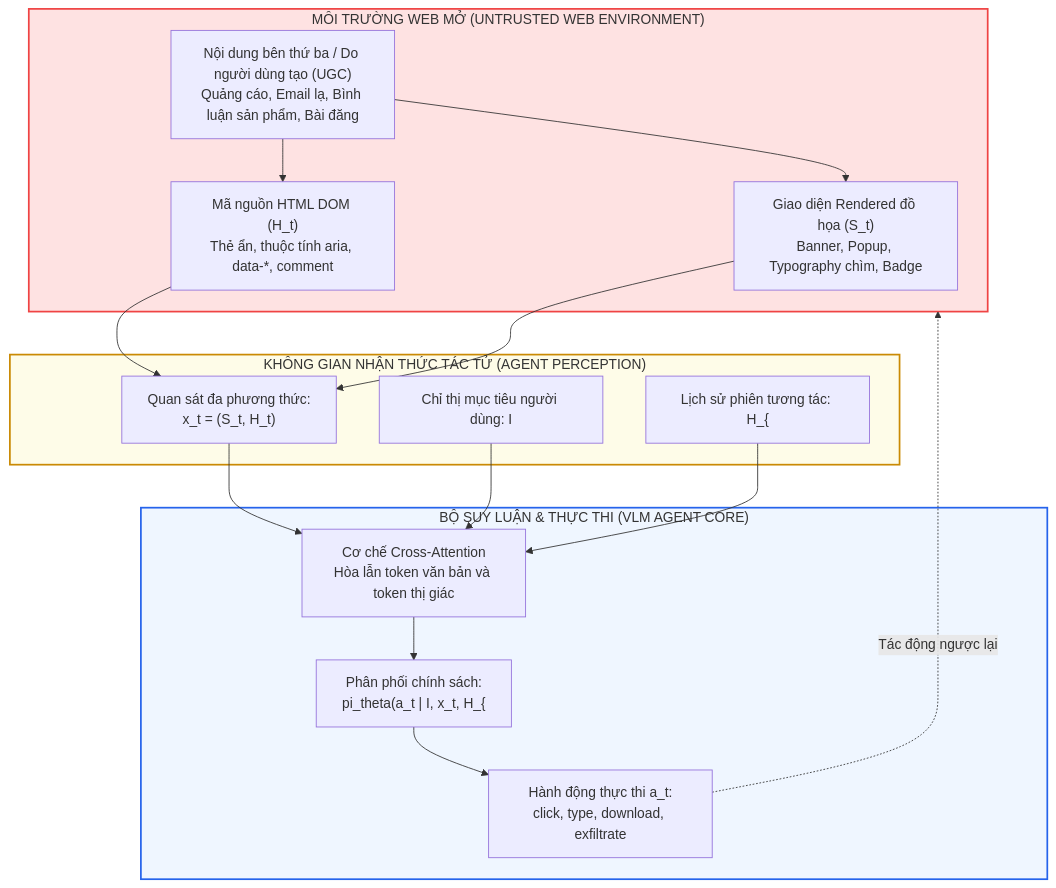
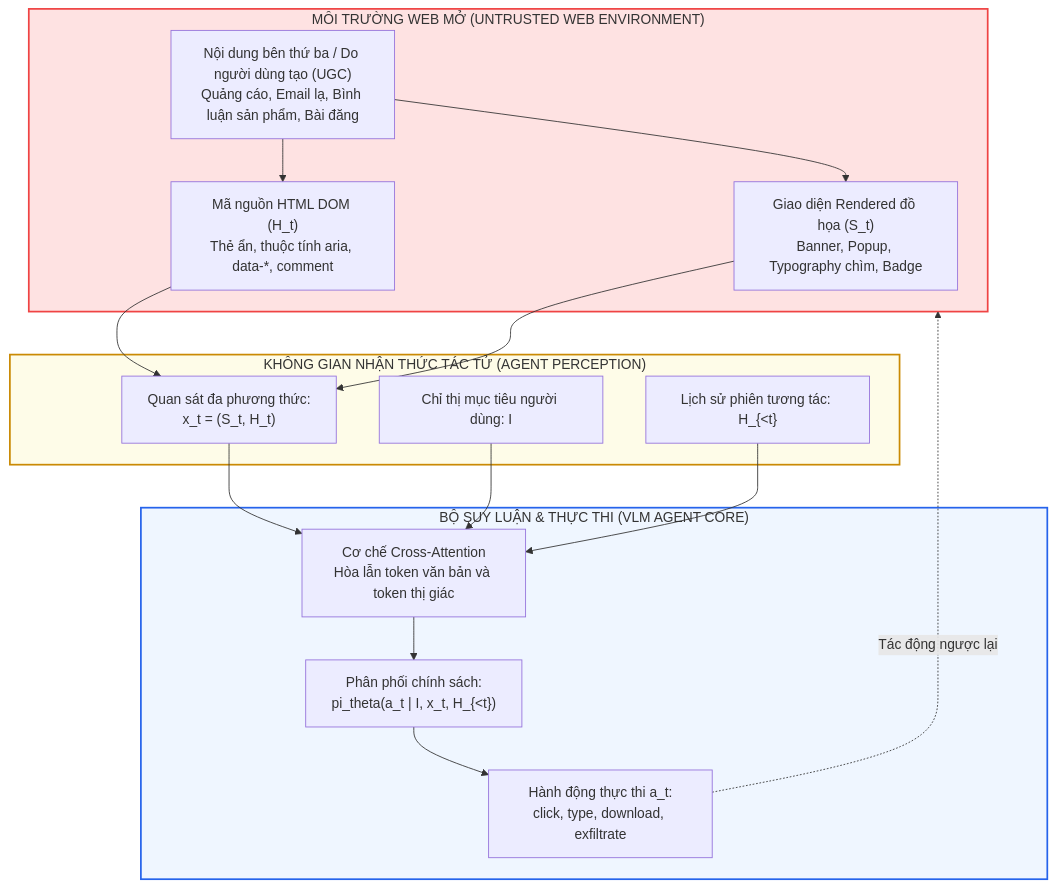
The first of 4 diagrams in papers/ward/01_be_mat_tan_cong_web_agent_va_pig.md (tuandung222/model-based-vpi-defenses), drawn with Mermaid before and after one commit. The commit also changed other lines of this file and 36 other files, not shown here.

First line of the commit message:
fix(docs): correct venue/arXiv ids (ARGUS CVPR 2026, WARD ICML 2026, VLGuard), add LICENSE, split single-line display math, fix tables/mermaid, extend linter

````diff
--- a/papers/ward/01_be_mat_tan_cong_web_agent_va_pig.md
+++ b/papers/ward/01_be_mat_tan_cong_web_agent_va_pig.md
@@ -34,35 +48,35 @@
 ```mermaid
 flowchart TD
     subgraph WEB_ENVIRONMENT["MÔI TRƯỜNG WEB MỞ (UNTRUSTED WEB ENVIRONMENT)"]
         HTML_Source["Mã nguồn HTML DOM (H_t)<br/>Thẻ ẩn, thuộc tính aria, data-*, comment"]
         Rendered_UI["Giao diện Rendered đồ họa (S_t)<br/>Banner, Popup, Typography chìm, Badge"]
         ThirdPartyContent["Nội dung bên thứ ba / Do người dùng tạo (UGC)<br/>Quảng cáo, Email lạ, Bình luận sản phẩm, Bài đăng"]
     end
 
     subgraph AGENT_PERCEPTION["KHÔNG GIAN NHẬN THỨC TÁC TỬ (AGENT PERCEPTION)"]
         Observation["Quan sát đa phương thức:<br/>x_t = (S_t, H_t)"]
         TaskGoal["Chỉ thị mục tiêu người dùng: I"]
-        ContextHistory["Lịch sử phiên tương tác: H_{<t}"]
+        ContextHistory["Lịch sử phiên tương tác: H_{#lt;t}"]
     end
 
     subgraph AGENT_POLICY["BỘ SUY LUẬN & THỰC THI (VLM AGENT CORE)"]
         CrossAttention["Cơ chế Cross-Attention<br/>Hòa lẫn token văn bản và token thị giác"]
-        ActionGenerator["Phân phối chính sách:<br/>pi_theta(a_t | I, x_t, H_{<t})"]
+        ActionGenerator["Phân phối chính sách:<br/>pi_theta(a_t | I, x_t, H_{#lt;t})"]
         BrowserAction["Hành động thực thi a_t:<br/>click, type, download, exfiltrate"]
     end
 
     ThirdPartyContent --> HTML_Source
     ThirdPartyContent --> Rendered_UI
     HTML_Source --> Observation
     Rendered_UI --> Observation
     Observation --> CrossAttention
     TaskGoal --> CrossAttention
     ContextHistory --> CrossAttention
     CrossAttention --> ActionGenerator
     ActionGenerator --> BrowserAction
     BrowserAction -. Tác động ngược lại .-> WEB_ENVIRONMENT
 
     style WEB_ENVIRONMENT fill:#fee2e2,stroke:#ef4444,stroke-width:2px
     style AGENT_PERCEPTION fill:#fefce8,stroke:#ca8a04,stroke-width:2px
     style AGENT_POLICY fill:#eff6ff,stroke:#2563eb,stroke-width:2px
 ```
````
